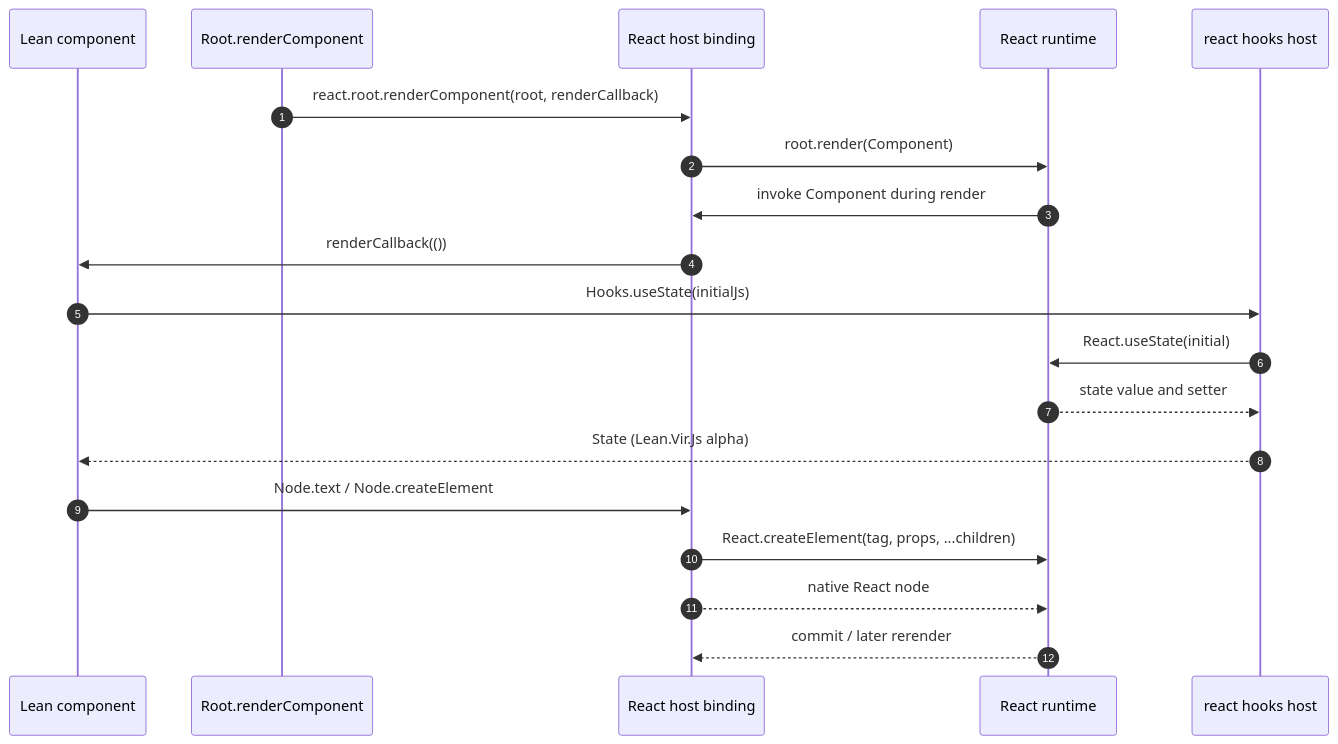
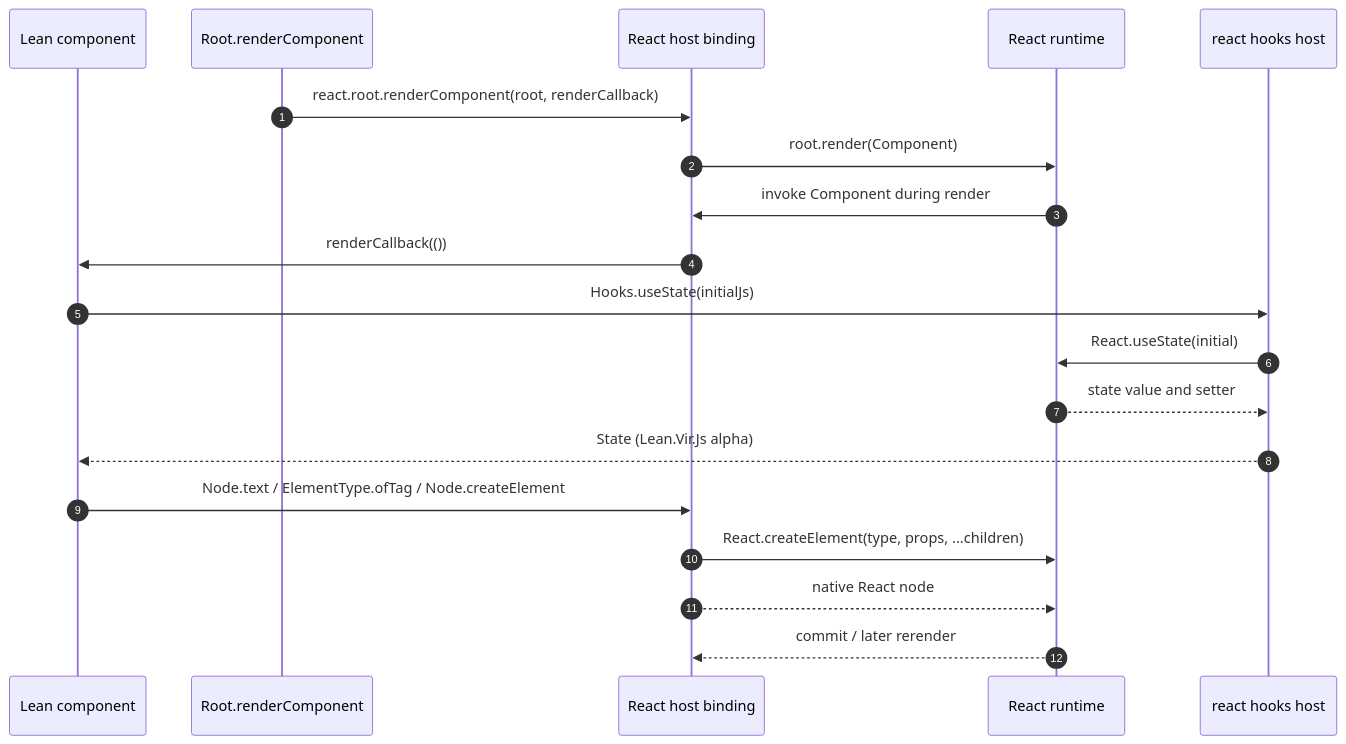
One commit to ejgallego/lean-vir changed the fifth of 5 diagrams in docs/DEVELOPER_GUIDE.md. Above: the diagram before and after it, drawn with Mermaid. The commit also changed 21 other files, not shown here.

Commit message:
refactor: align React element and dependency APIs

````diff
--- a/docs/DEVELOPER_GUIDE.md
+++ b/docs/DEVELOPER_GUIDE.md
@@ -224,22 +224,22 @@
 ```mermaid
 sequenceDiagram
     autonumber
     participant Lean as Lean component
     participant Root as Root.renderComponent
     participant Host as React host binding
     participant React as React runtime
     participant Hooks as react hooks host
 
     Root->>Host: react.root.renderComponent(root, renderCallback)
     Host->>React: root.render(Component)
     React->>Host: invoke Component during render
     Host->>Lean: renderCallback(())
     Lean->>Hooks: Hooks.useState(initialJs)
     Hooks->>React: React.useState(initial)
     React-->>Hooks: state value and setter
     Hooks-->>Lean: State (Lean.Vir.Js alpha)
-    Lean->>Host: Node.text / Node.createElement
-    Host->>React: React.createElement(tag, props, ...children)
+    Lean->>Host: Node.text / ElementType.ofTag / Node.createElement
+    Host->>React: React.createElement(type, props, ...children)
     Host-->>React: native React node
     React-->>Host: commit / later rerender
 ```
````
